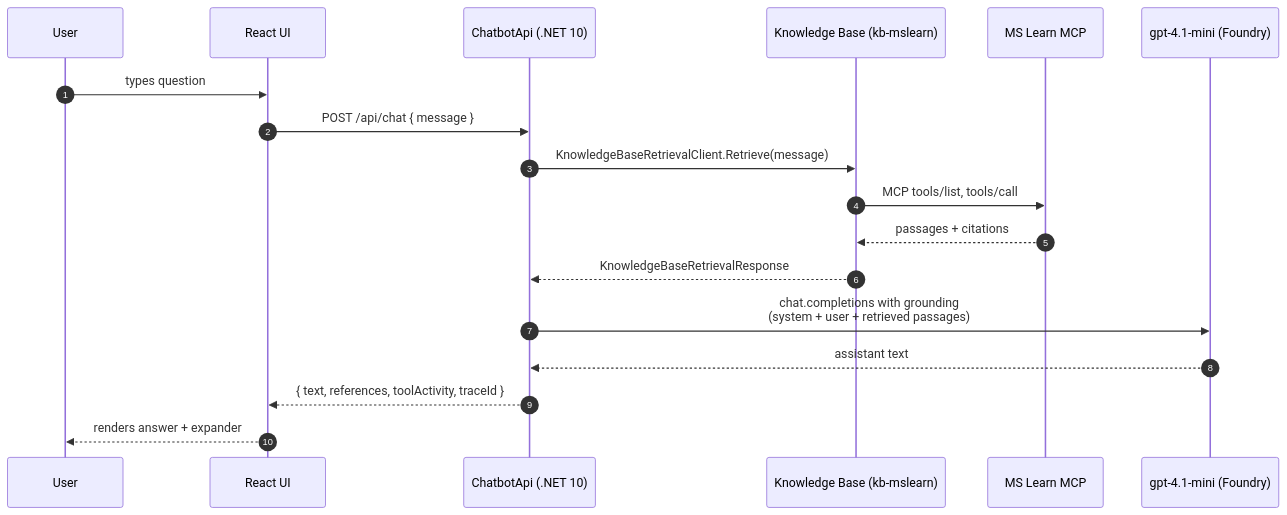
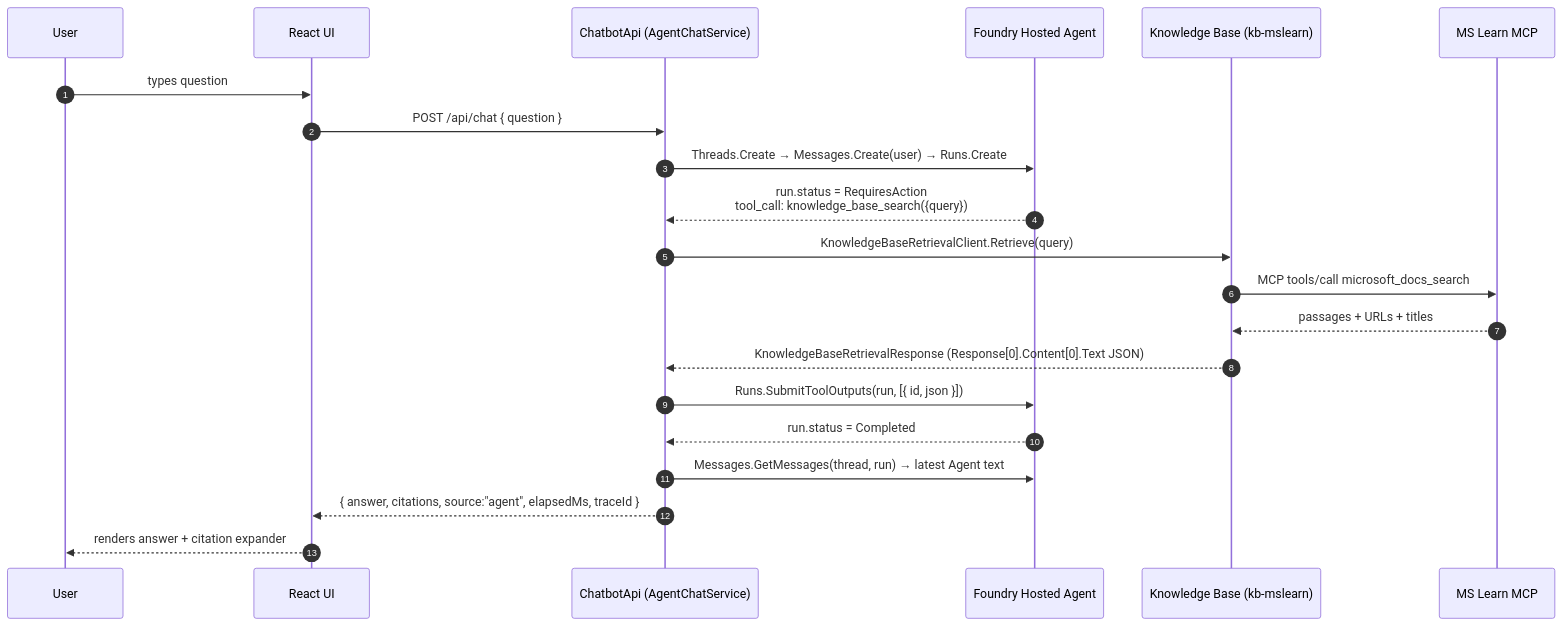
Before and after one commit to michaelsrichter/nasuni-azure-assistant: the first of 3 diagrams in docs/architecture.md, drawn with Mermaid. The commit also changed other lines of this file and 10 other files, not shown here.

````diff
--- a/docs/architecture.md
+++ b/docs/architecture.md
@@ -17,21 +17,24 @@
 ```mermaid
 sequenceDiagram
     autonumber
-    participant U as User
+    participant U  as User
     participant UI as React UI
-    participant API as ChatbotApi (.NET 10)
-    participant KB as Knowledge Base (kb-mslearn)
+    participant API as ChatbotApi (AgentChatService)
+    participant AG  as Foundry Hosted Agent
+    participant KB  as Knowledge Base (kb-mslearn)
     participant MCP as MS Learn MCP
-    participant LLM as gpt-4.1-mini (Foundry)
 
     U->>UI: types question
-    UI->>API: POST /api/chat { message }
-    API->>KB: KnowledgeBaseRetrievalClient.Retrieve(message)
-    KB->>MCP: MCP tools/list, tools/call
-    MCP-->>KB: passages + citations
-    KB-->>API: KnowledgeBaseRetrievalResponse
-    API->>LLM: chat.completions with grounding<br/>(system + user + retrieved passages)
-    LLM-->>API: assistant text
-    API-->>UI: { text, references, toolActivity, traceId }
-    UI-->>U: renders answer + expander
+    UI->>API: POST /api/chat { question }
+    API->>AG:  Threads.Create → Messages.Create(user) → Runs.Create
+    AG-->>API: run.status = RequiresAction<br/>tool_call: knowledge_base_search({query})
+    API->>KB:  KnowledgeBaseRetrievalClient.Retrieve(query)
+    KB->>MCP:  MCP tools/call microsoft_docs_search
+    MCP-->>KB: passages + URLs + titles
+    KB-->>API: KnowledgeBaseRetrievalResponse (Response[0].Content[0].Text JSON)
+    API->>AG:  Runs.SubmitToolOutputs(run, [{ id, json }])
+    AG-->>API: run.status = Completed
+    API->>AG:  Messages.GetMessages(thread, run) → latest Agent text
+    API-->>UI: { answer, citations, source:"agent", elapsedMs, traceId }
+    UI-->>U: renders answer + citation expander
 ```
````
